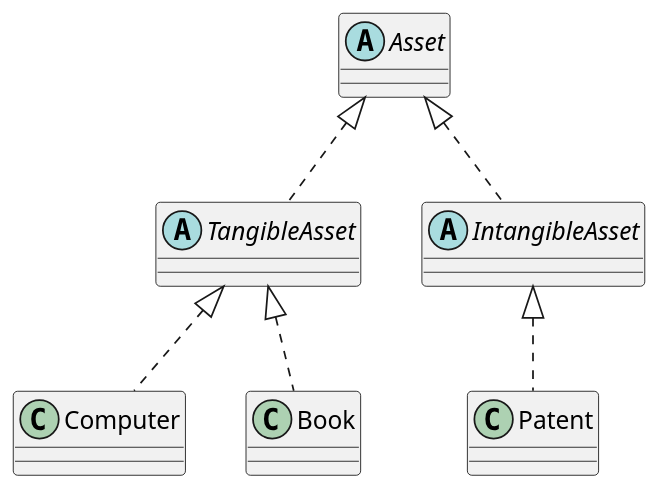
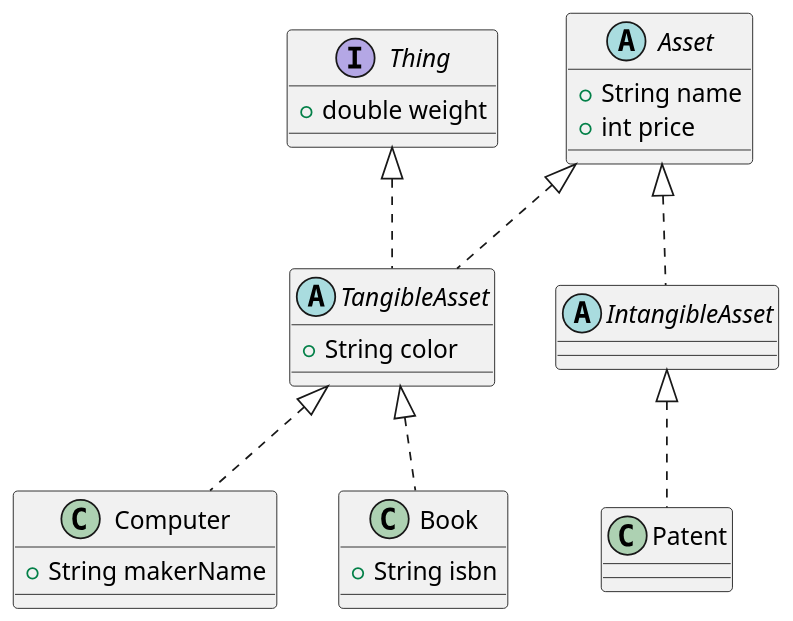
The diagram in src/main/kotlin/day7/Asset.puml (SurvivalCodingCampus/winter_kotlin_lecture), drawn with PlantUML before and after one commit.

Commit message:
추상클래스와 인터페이스 연습문제 UML

```diff
--- a/src/main/kotlin/day7/Asset.puml
+++ b/src/main/kotlin/day7/Asset.puml
@@ -1,27 +1,34 @@
 @startuml
 'https://plantuml.com/class-diagram
 
 scale 1.4
 
-abstract class Asset
+abstract class Asset {
+    + String name
+    + int price
+}
 
+interface Thing {
+   + double weight
+}
 
-abstract class TangibleAsset implements Asset {
-
+abstract class TangibleAsset implements Asset, Thing {
+    + String color
 }
 
 abstract class IntangibleAsset implements Asset {
 
 }
 
 class Computer implements TangibleAsset {
-
+    + String makerName
 }
 
 class Book implements TangibleAsset {
-
+    + String isbn
 }
 
 class Patent implements IntangibleAsset  {
+
 }
 @enduml
```
